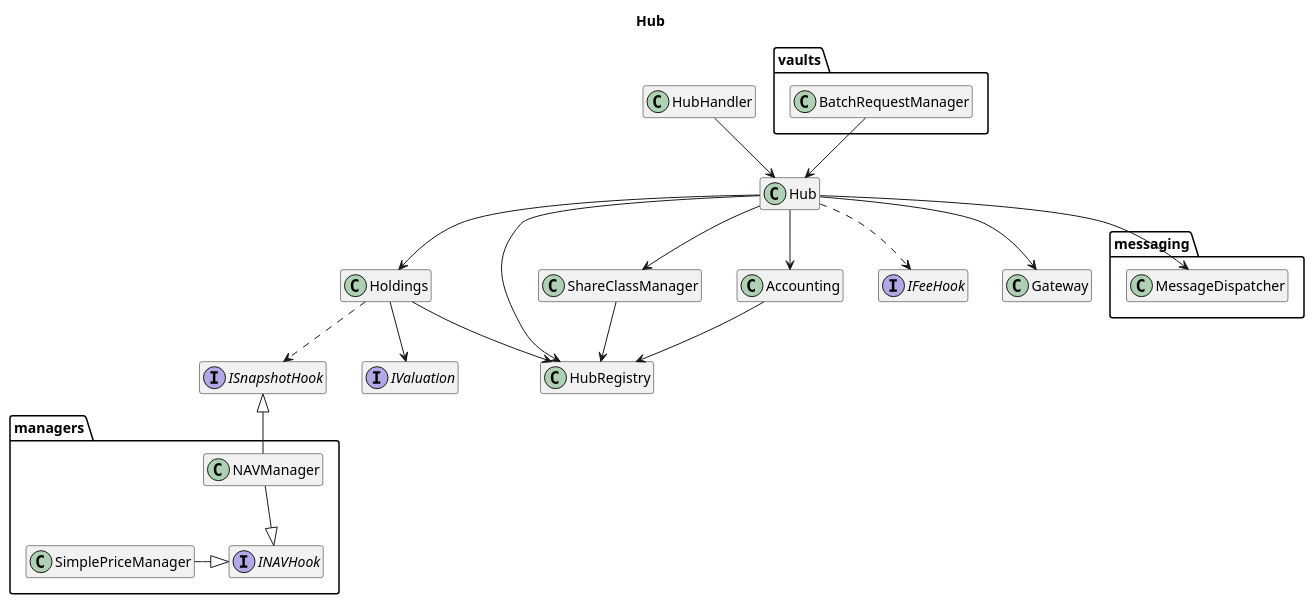
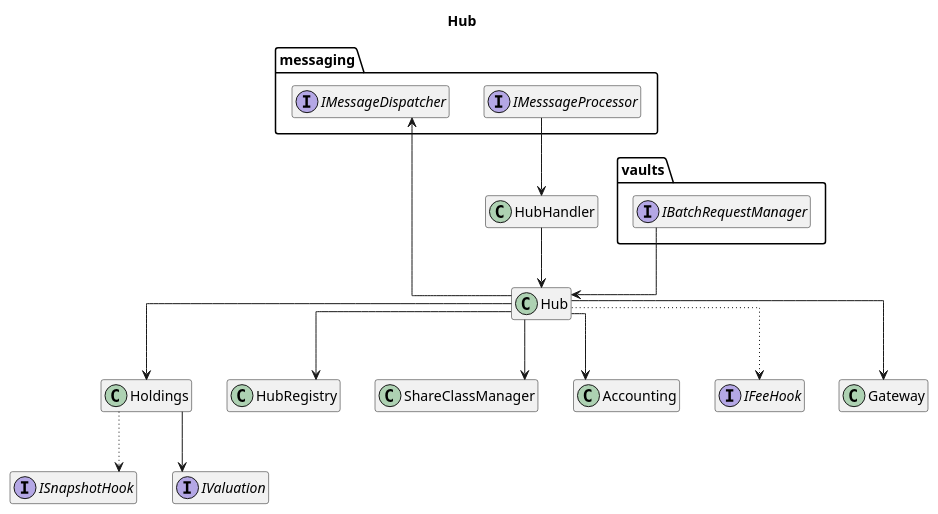
The diagram in docs/architecture/core/hub.puml (centrifuge/protocol), drawn with PlantUML before and after one commit. The commit also changed 2 other files, not shown here.

```diff
--- a/docs/architecture/core/hub.puml
+++ b/docs/architecture/core/hub.puml
@@ -1,54 +1,43 @@
 @startuml hub
 title Hub
 hide empty members
 
-package messaging {
-    class MessageDispatcher
+skinparam linetype ortho
+
+package vaults {
+    interface IBatchRequestManager
 }
 
-package managers {
-    class NAVManager
-    class SimplePriceManager
-    interface INAVHook
-}
-
-package vaults {
-    class BatchRequestManager
+package messaging {
+    interface IMessageDispatcher
+    interface IMesssageProcessor
 }
 
 class Hub
 class HubHandler
 class Holdings
 class HubRegistry
 class ShareClassManager
 class Accounting
 
 interface ISnapshotHook
 interface IValuation
 interface IFeeHook
 
 Hub --> Holdings
 Hub --> HubRegistry
 Hub --> ShareClassManager
 Hub --> Accounting
-Hub --> MessageDispatcher
+Hub --> IMessageDispatcher
 Hub --> Gateway
-Hub ..> IFeeHook
+Hub .[dotted].> IFeeHook
 
 HubHandler --> Hub
+IMesssageProcessor --> HubHandler
 
-BatchRequestManager --> Hub
+IBatchRequestManager --> Hub
 
-Holdings --> HubRegistry
 Holdings --> IValuation
-Holdings ..> ISnapshotHook
-
-ShareClassManager --> HubRegistry
-Accounting --> HubRegistry
-
-NAVManager -up-|> ISnapshotHook
-NAVManager -down-|> INAVHook
-
-SimplePriceManager -|> INAVHook
+Holdings .[dotted].> ISnapshotHook
 
 @enduml
```
